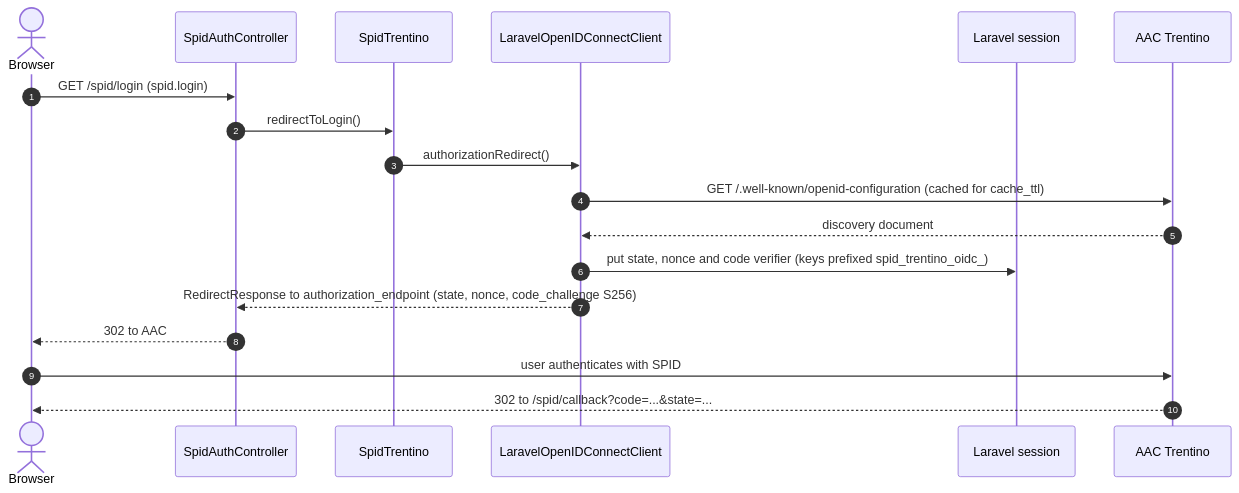
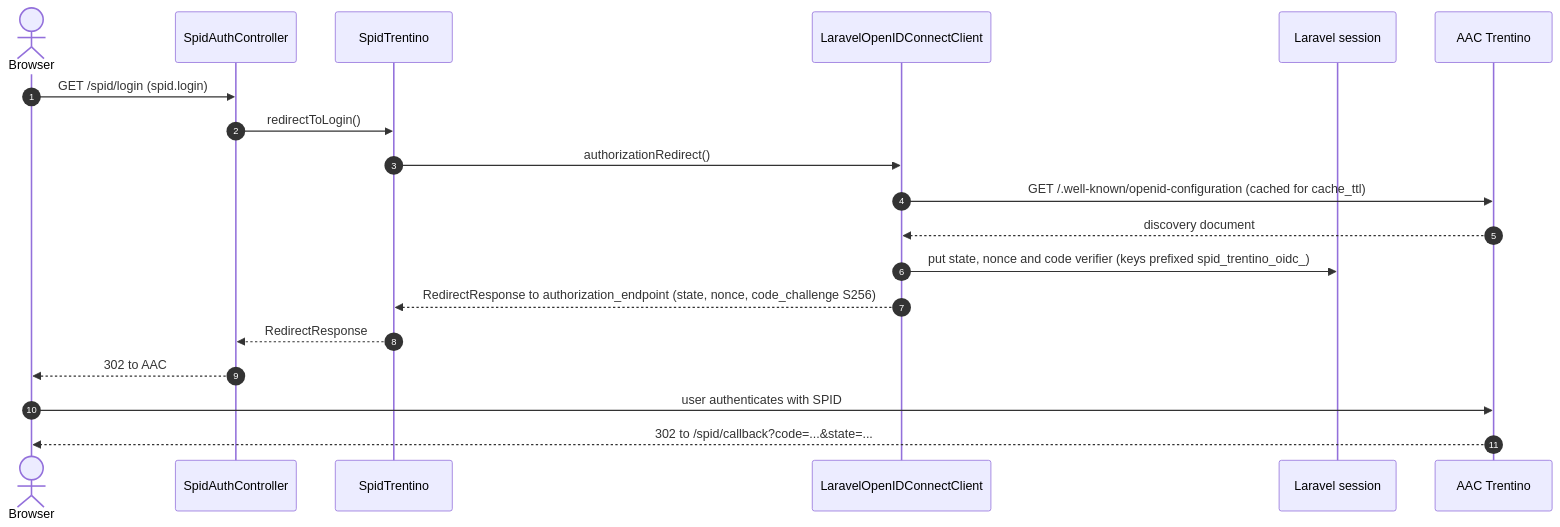
The first of 3 diagrams in docs/authentication-flow.md (offline-agency/spid-laravel-trentino), drawn with Mermaid before and after one commit. The commit also changed other lines of this file and 1 other file, not shown here.

````diff
--- a/docs/authentication-flow.md
+++ b/docs/authentication-flow.md
@@ -7,21 +7,22 @@
 ```mermaid
 sequenceDiagram
     autonumber
     actor B as Browser
     participant C as SpidAuthController
     participant S as SpidTrentino
     participant O as LaravelOpenIDConnectClient
     participant L as Laravel session
     participant A as AAC Trentino
 
     B->>C: GET /spid/login (spid.login)
     C->>S: redirectToLogin()
     S->>O: authorizationRedirect()
     O->>A: GET /.well-known/openid-configuration (cached for cache_ttl)
     A-->>O: discovery document
     O->>L: put state, nonce and code verifier (keys prefixed spid_trentino_oidc_)
-    O-->>C: RedirectResponse to authorization_endpoint (state, nonce, code_challenge S256)
+    O-->>S: RedirectResponse to authorization_endpoint (state, nonce, code_challenge S256)
+    S-->>C: RedirectResponse
     C-->>B: 302 to AAC
     B->>A: user authenticates with SPID
     A-->>B: 302 to /spid/callback?code=...&state=...
 ```
````
